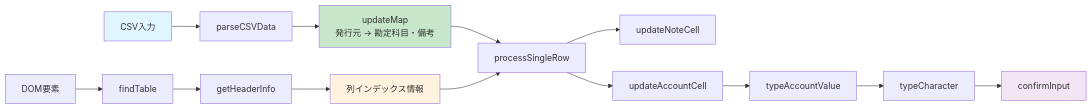
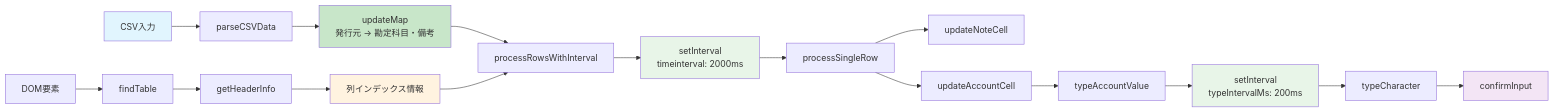
The third of 7 diagrams in architecture.md (Masayuki-Kanai/tableRule-import), drawn with Mermaid before and after one commit. The commit also changed other lines of this file and 2 other files, not shown here.

````diff
--- a/architecture.md
+++ b/architecture.md
@@ -86,23 +97,28 @@
 ```mermaid
 flowchart LR
     A[CSV入力] --> B[parseCSVData]
     B --> C[updateMap<br/>発行元 → 勘定科目・備考]
     
     D[DOM要素] --> E[findTable]
     E --> F[getHeaderInfo]
     F --> G[列インデックス情報]
     
-    C --> H[processSingleRow]
+    C --> H[processRowsWithInterval]
     G --> H
-    H --> I[updateNoteCell]
-    H --> J[updateAccountCell]
+    H --> I[setInterval<br/>timeinterval: 2000ms]
+    I --> J[processSingleRow]
+    J --> K[updateNoteCell]
+    J --> L[updateAccountCell]
     
-    J --> K[typeAccountValue]
-    K --> L[typeCharacter]
-    L --> M[confirmInput]
+    L --> M[typeAccountValue]
+    M --> N[setInterval<br/>typeIntervalMs: 200ms]
+    N --> O[typeCharacter]
+    O --> P[confirmInput]
     
     style A fill:#e1f5fe
     style C fill:#c8e6c9
     style G fill:#fff3e0
-    style M fill:#f3e5f5
+    style I fill:#e8f5e8
+    style N fill:#e8f5e8
+    style P fill:#f3e5f5
 ```
````
